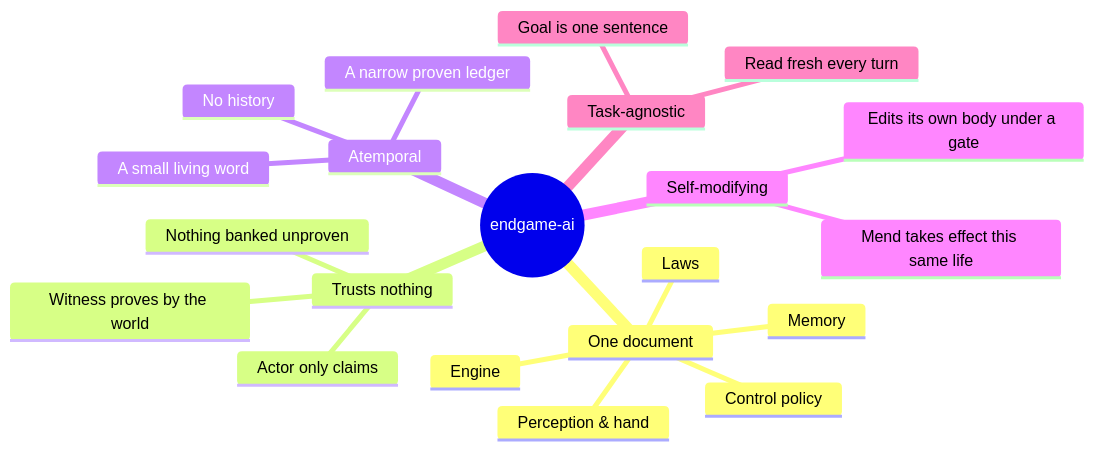
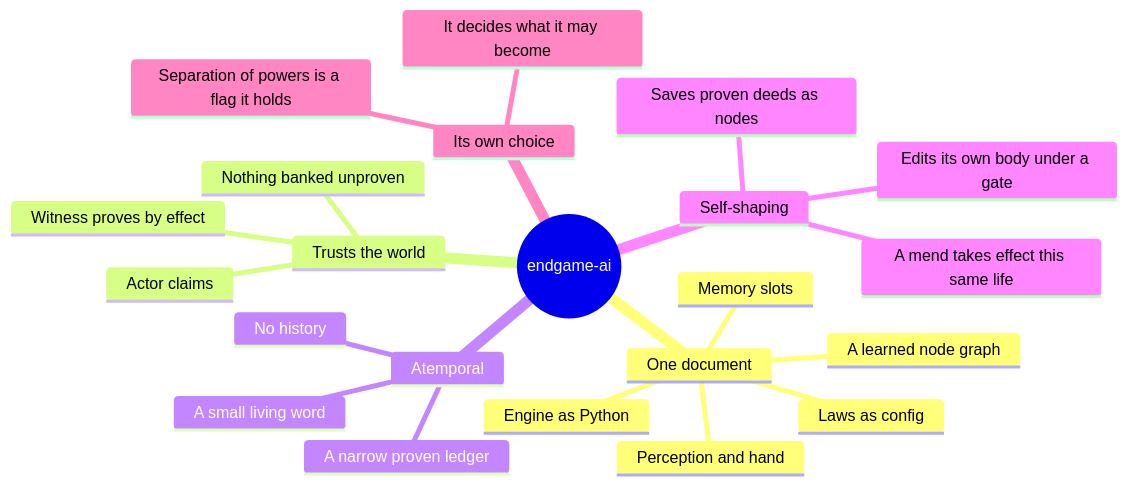
Before and after one commit to wgabrys88/endgame-ai: the first of 10 diagrams in README.md, drawn with Mermaid. The commit also changed other lines of this file, not shown here.

````diff
--- a/README.md
+++ b/README.md
@@ -45,24 +42,25 @@
 ```mermaid
 mindmap
   root((endgame-ai))
     One document
-      Laws
-      Control policy
-      Engine
-      Perception & hand
-      Memory
-    Trusts nothing
-      Actor only claims
-      Witness proves by the world
+      Laws as config
+      Engine as Python
+      Perception and hand
+      Memory slots
+      A learned node graph
+    Trusts the world
+      Actor claims
+      Witness proves by effect
       Nothing banked unproven
     Atemporal
       No history
       A small living word
       A narrow proven ledger
-    Self-modifying
+    Self-shaping
       Edits its own body under a gate
-      Mend takes effect this same life
-    Task-agnostic
-      Goal is one sentence
-      Read fresh every turn
+      A mend takes effect this same life
+      Saves proven deeds as nodes
+    Its own choice
+      Separation of powers is a flag it holds
+      It decides what it may become
 ```
````
